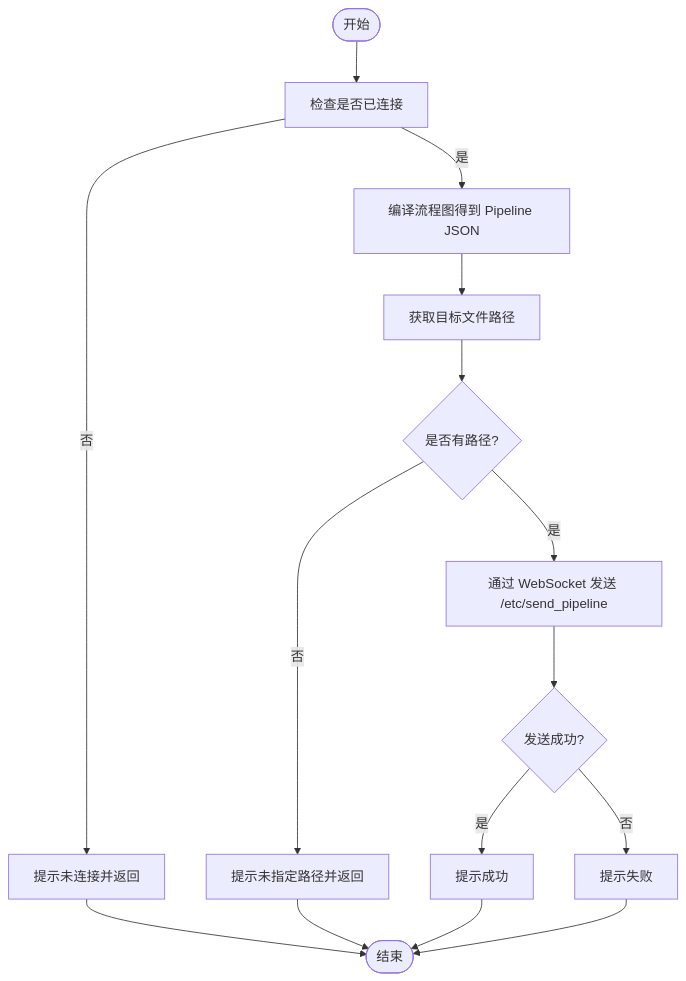
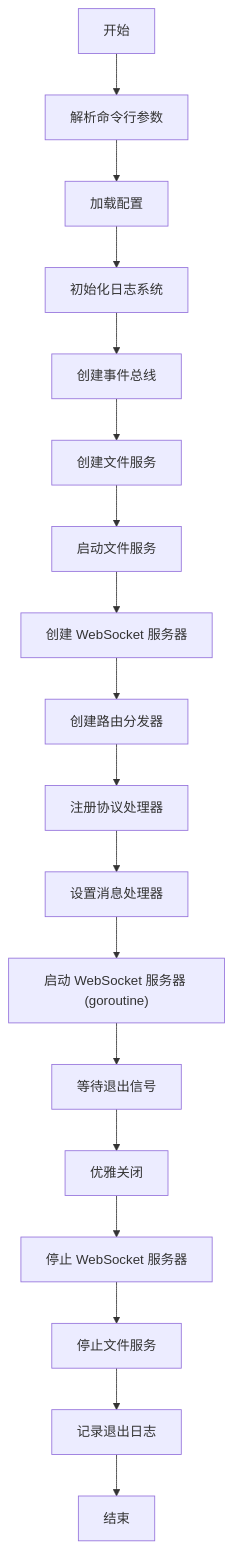
One commit to kqcoxn/MaaPipelineEditor changed the third of 4 diagrams in .qoder/repowiki/zh/content/开发者指南/LocalBridge 通信协议.md. Above: the diagram before and after it, drawn with Mermaid. The commit also changed other lines of this file and 19 other files, not shown here.

````diff
--- a/.qoder/repowiki/zh/content/开发者指南/LocalBridge 通信协议.md
+++ b/.qoder/repowiki/zh/content/开发者指南/LocalBridge 通信协议.md
@@ -188,17 +210,20 @@
 ```mermaid
 flowchart TD
-Start(["开始"]) --> CheckConn["检查是否已连接"]
-CheckConn --> |否| WarnNotConnected["提示未连接并返回"]
-CheckConn --> |是| Compile["编译流程图得到 Pipeline JSON"]
-Compile --> GetPath["获取目标文件路径"]
-GetPath --> HasPath{"是否有路径?"}
-HasPath --> |否| WarnNoPath["提示未指定路径并返回"]
-HasPath --> |是| Send["通过 WebSocket 发送 /etc/send_pipeline"]
-Send --> Result{"发送成功?"}
-Result --> |是| Success["提示成功"]
-Result --> |否| Fail["提示失败"]
-WarnNotConnected --> End(["结束"])
-WarnNoPath --> End
-Success --> End
-Fail --> End
+Start["开始"] --> ParseArgs["解析命令行参数"]
+ParseArgs --> LoadConfig["加载配置"]
+LoadConfig --> InitLogger["初始化日志系统"]
+InitLogger --> CreateEventBus["创建事件总线"]
+CreateEventBus --> CreateFileService["创建文件服务"]
+CreateFileService --> StartFileService["启动文件服务"]
+StartFileService --> CreateWSServer["创建 WebSocket 服务器"]
+CreateWSServer --> CreateRouter["创建路由分发器"]
+CreateRouter --> RegisterHandler["注册协议处理器"]
+RegisterHandler --> SetMsgHandler["设置消息处理器"]
+SetMsgHandler --> StartWSServer["启动 WebSocket 服务器 (goroutine)"]
+StartWSServer --> WaitForSignal["等待退出信号"]
+WaitForSignal --> GracefulShutdown["优雅关闭"]
+GracefulShutdown --> StopWSServer["停止 WebSocket 服务器"]
+StopWSServer --> StopFileService["停止文件服务"]
+StopFileService --> LogExit["记录退出日志"]
+LogExit --> End["结束"]
 ```
````
